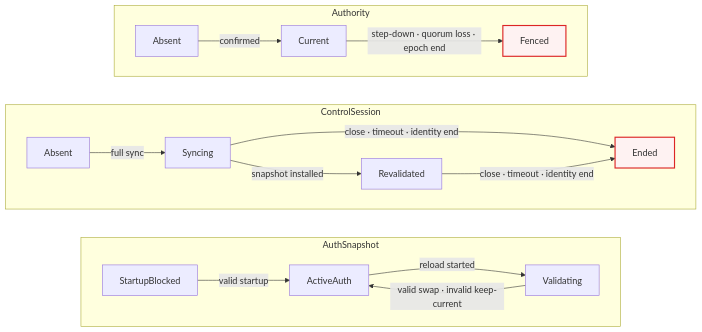
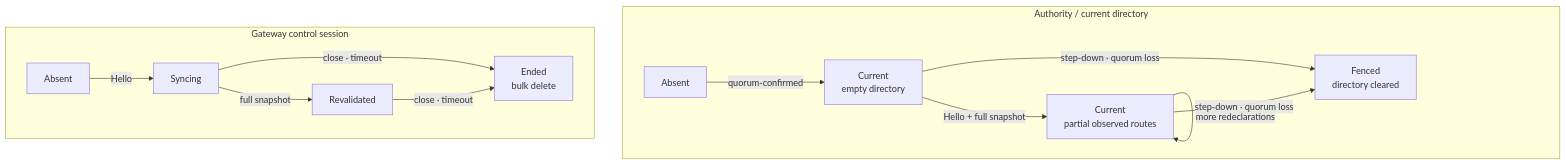
One commit to cagojeiger/relaygate changed the second of 3 diagrams in docs/spec/003-failure-and-recovery-model.md. Above: the diagram before and after it, drawn with Mermaid. The commit also changed other lines of this file and 120 other files, not shown here.

Commit message:
refactor: keep gateway routing state ephemeral

````diff
--- a/docs/spec/003-failure-and-recovery-model.md
+++ b/docs/spec/003-failure-and-recovery-model.md
@@ -87,29 +51,16 @@
 ```mermaid
 flowchart TB
-    subgraph Authority["Authority"]
-        direction LR
-        A0["Absent"] -->|"confirmed"| A1["Current"]
-        A1 -->|"step-down · quorum loss · epoch end"| A2["Fenced"]
+    subgraph A["Authority / current directory"]
+        A0["Absent"] -->|"quorum-confirmed"| A1["Current<br/>empty directory"]
+        A1 -->|"Hello + full snapshot"| A2["Current<br/>partial observed routes"]
+        A2 -->|"more redeclarations"| A2
+        A1 -->|"step-down · quorum loss"| AF["Fenced<br/>directory cleared"]
+        A2 -->|"step-down · quorum loss"| AF
     end
-
-    subgraph Control["ControlSession"]
-        direction LR
-        C0["Absent"] -->|"full sync"| C1["Syncing"]
-        C1 -->|"snapshot installed"| C2["Revalidated"]
-        C1 -->|"close · timeout · identity end"| C3["Ended"]
-        C2 -->|"close · timeout · identity end"| C3
+    subgraph G["Gateway control session"]
+        G0["Absent"] -->|"Hello"| G1["Syncing"]
+        G1 -->|"full snapshot"| G2["Revalidated"]
+        G1 -->|"close · timeout"| GE["Ended<br/>bulk delete"]
+        G2 -->|"close · timeout"| GE
     end
-
-    subgraph Auth["AuthSnapshot"]
-        direction LR
-        H0["StartupBlocked"] -->|"valid startup"| H1["ActiveAuth"]
-        H1 -->|"reload started"| H2["Validating"]
-        H2 -->|"valid swap · invalid keep-current"| H1
-    end
-
-    A0 ~~~ C0
-    C0 ~~~ H0
-
-    classDef terminal fill:#fef2f2,stroke:#dc2626,stroke-width:2px
-    class A2,C3 terminal
 ```
````
